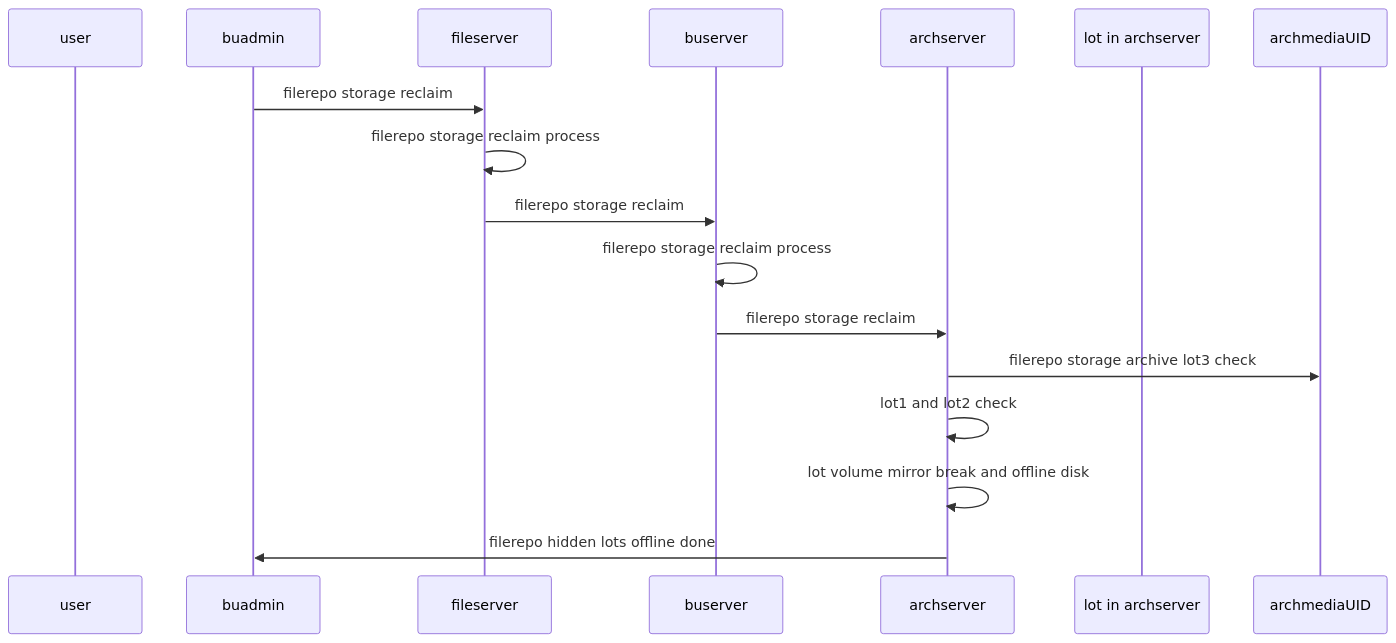
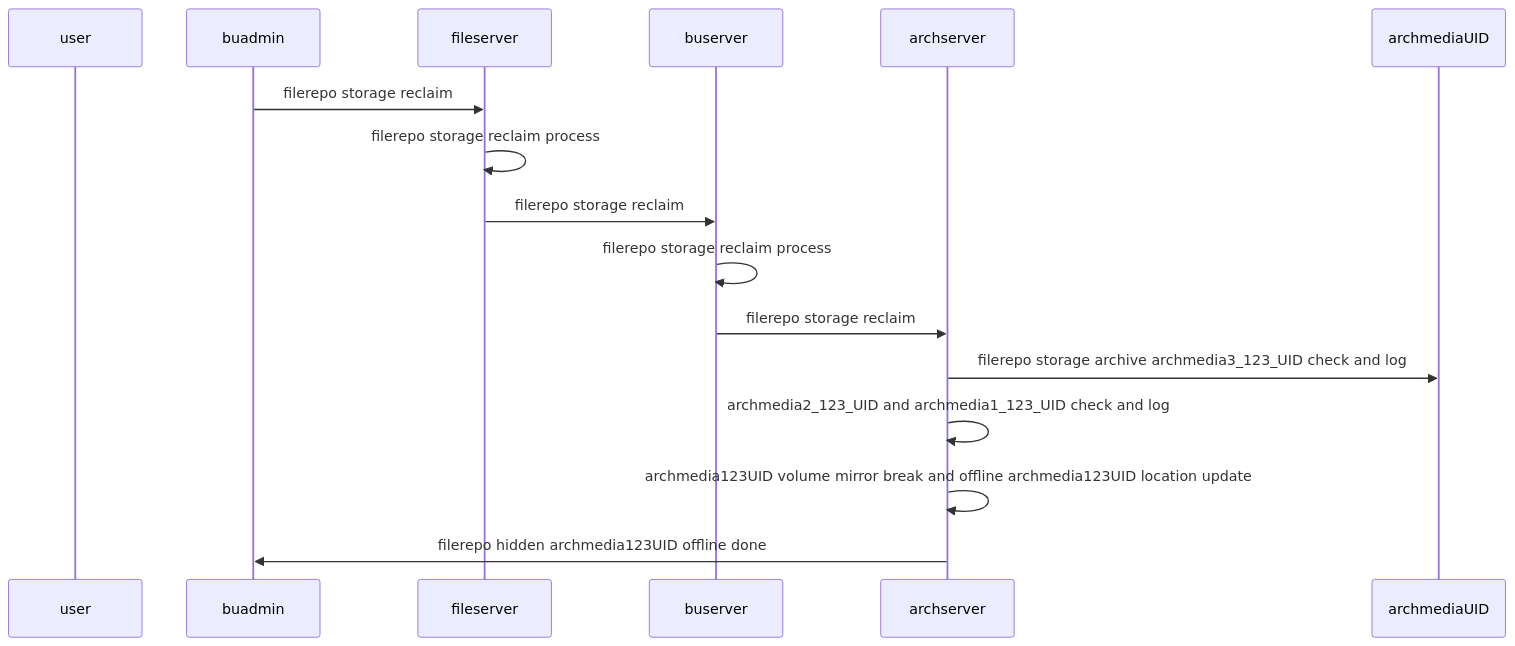
One commit to 2cld/netstack changed the fourth of 4 diagrams in docs/ops/backup/backup-diagram.md. Above: the diagram before and after it, drawn with Mermaid. The commit also changed other lines of this file, not shown here.

````diff
--- a/docs/ops/backup/backup-diagram.md
+++ b/docs/ops/backup/backup-diagram.md
@@ -59,18 +59,18 @@
 ```mermaid
 sequenceDiagram 
     participant user
     participant buadmin
     participant fileserver
     participant buserver
     participant archserver
-    participant lot in archserver
+    participant archmediaUID
     buadmin->>fileserver: filerepo storage reclaim
     fileserver->>fileserver: filerepo storage reclaim process
     fileserver->>buserver: filerepo storage reclaim
     buserver->>buserver: filerepo storage reclaim process
     buserver->>archserver: filerepo storage reclaim
-    archserver->>archmediaUID: filerepo storage archive lot3 check
-    archserver->>archserver: lot1 and lot2 check
-    archserver->>archserver: lot volume mirror break and offline disk
-    archserver->>buadmin: filerepo hidden lots offline done
+    archserver->>archmediaUID: filerepo storage archive archmedia3_123_UID check and log
+    archserver->>archserver: archmedia2_123_UID and archmedia1_123_UID check and log
+    archserver->>archserver: archmedia123UID volume mirror break and offline archmedia123UID location update
+    archserver->>buadmin: filerepo hidden archmedia123UID offline done
 ```
````
